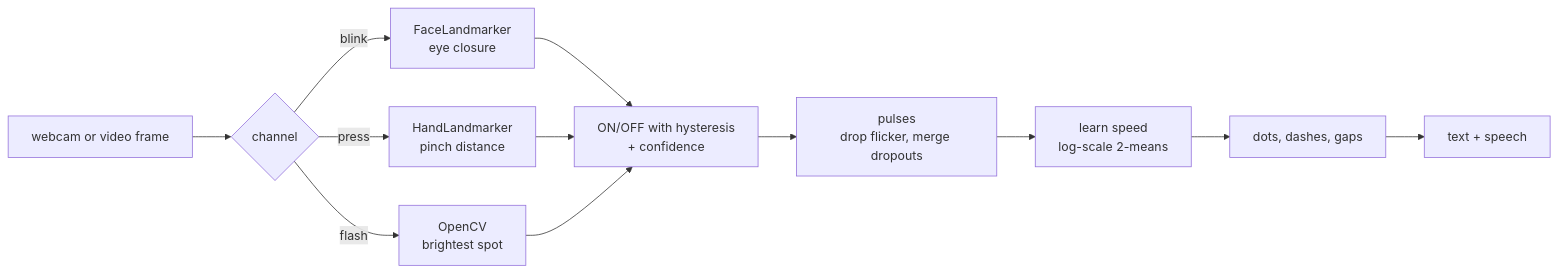
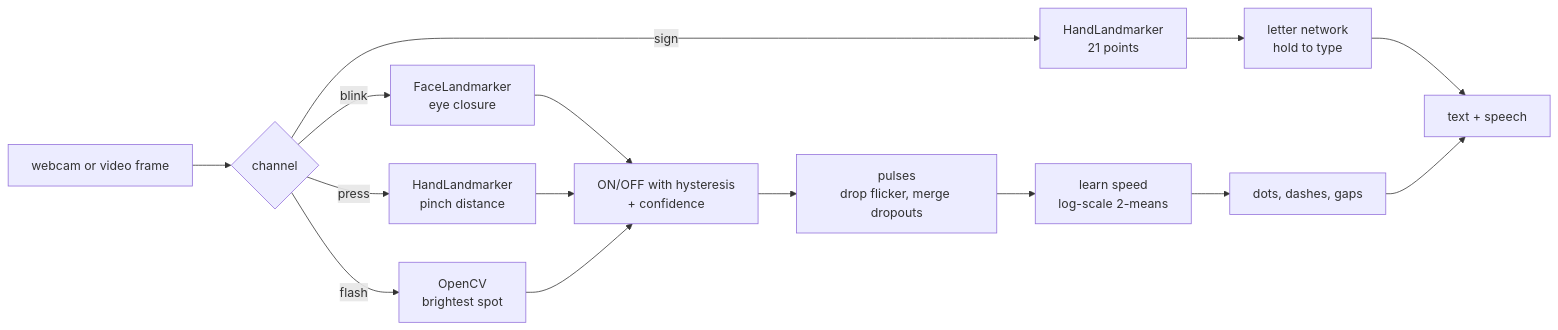
The diagram in README.md (VivekVagale/silent-signal), drawn with Mermaid before and after one commit. The commit also changed other lines of this file and 21 other files, not shown here.

First line of the commit message:
Sign language channel: ASL fingerspelling from hand landmarks, replaces the gesture shortcuts

````diff
--- a/README.md
+++ b/README.md
@@ -116,12 +137,13 @@
 ```mermaid
 flowchart LR
     V[webcam or video frame] --> D{channel}
     D -->|blink| B[FaceLandmarker<br/>eye closure]
     D -->|press| H[HandLandmarker<br/>pinch distance]
     D -->|flash| F[OpenCV<br/>brightest spot]
     B & H & F --> S[ON/OFF with hysteresis<br/>+ confidence]
+    D -->|sign| G[HandLandmarker<br/>21 points] --> N[letter network<br/>hold to type] --> X
     S --> P[pulses<br/>drop flicker, merge dropouts]
     P --> T[learn speed<br/>log-scale 2-means]
     T --> M[dots, dashes, gaps]
     M --> X[text + speech]
 ```
````
